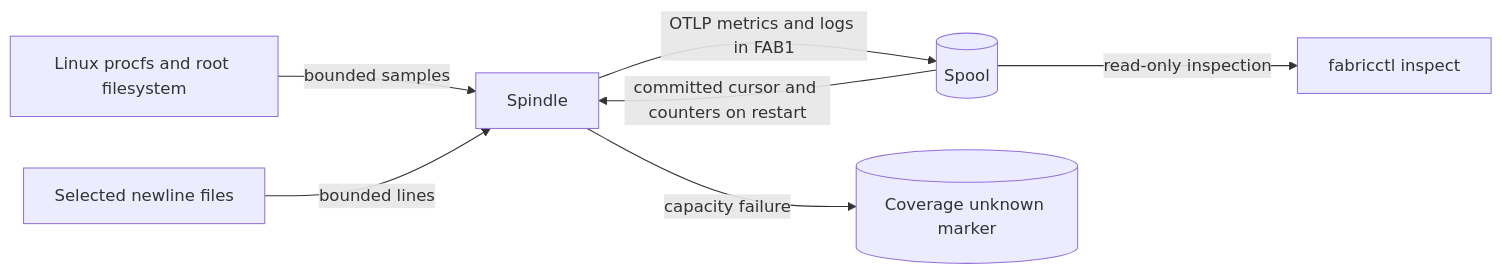
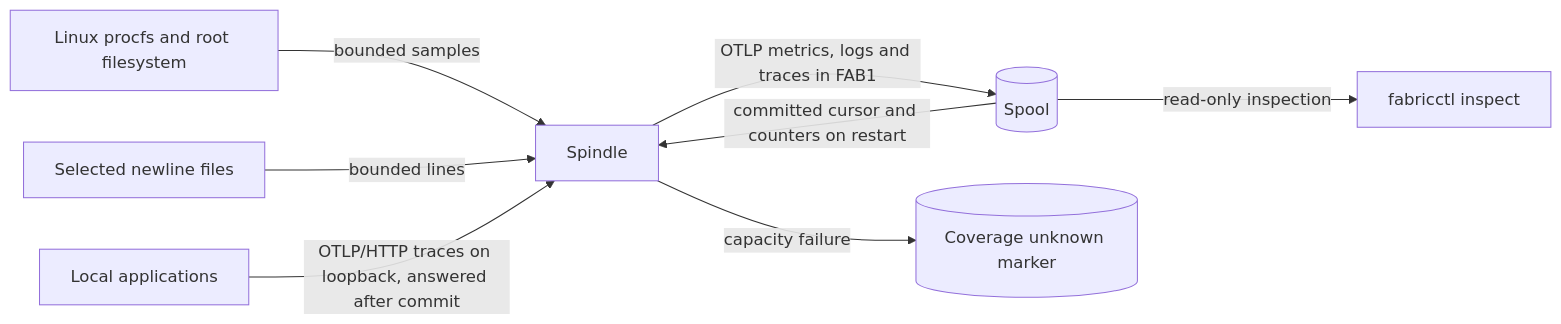
One commit to kmosoti/FabricO11y changed the diagram in docs/diagrams/spindle.mmd. Above: the diagram before and after it, drawn with Mermaid. The commit also changed 12 other files, not shown here.

```diff
--- a/docs/diagrams/spindle.mmd
+++ b/docs/diagrams/spindle.mmd
@@ -1,7 +1,8 @@
 flowchart LR
     Host[Linux procfs and root filesystem] -->|bounded samples| Node[Spindle]
     Files[Selected newline files] -->|bounded lines| Node
-    Node -->|OTLP metrics and logs in FAB1| Spool[(Spool)]
+    Apps[Local applications] -->|OTLP/HTTP traces on loopback, answered after commit| Node
+    Node -->|OTLP metrics, logs and traces in FAB1| Spool[(Spool)]
     Spool -->|committed cursor and counters on restart| Node
     Spool -->|read-only inspection| CLI[fabricctl inspect]
     Node -->|capacity failure| Unknown[(Coverage unknown marker)]
```
